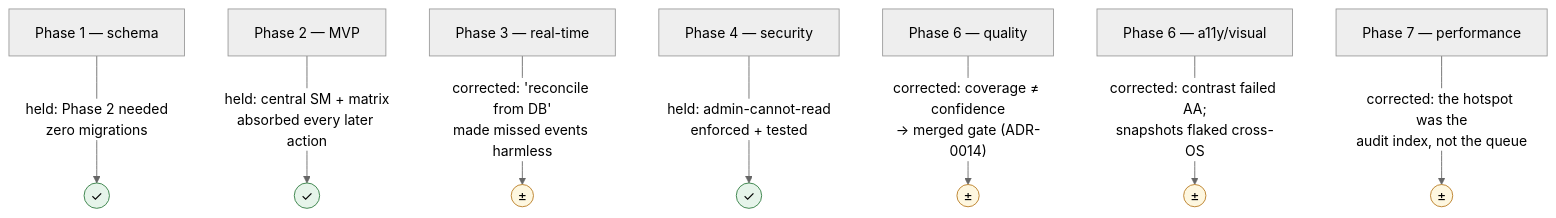
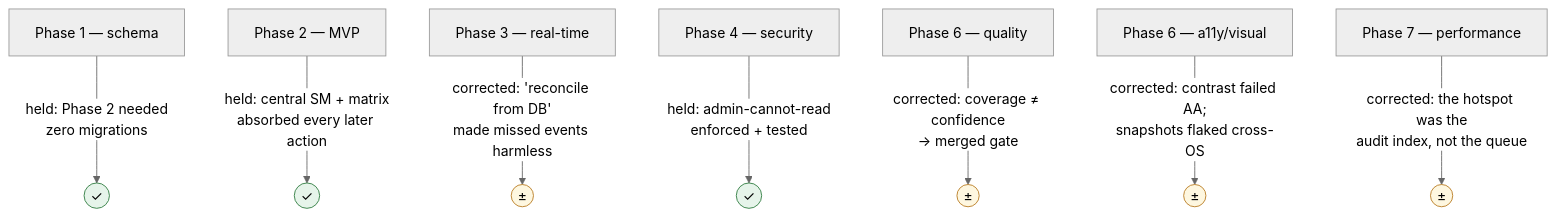
Before and after one commit to akritiupreti/virtual-consultation-platform: the diagram in docs/retrospective.md, drawn with Mermaid (neutral theme). The commit also changed other lines of this file and 10 other files, not shown here.

````diff
--- a/docs/retrospective.md
+++ b/docs/retrospective.md
@@ -16,15 +16,15 @@
 ```mermaid
 flowchart TB
     P1["Phase 1 — schema"] -->|"held: Phase 2 needed<br/>zero migrations"| G1((✓))
     P2["Phase 2 — MVP"] -->|"held: central SM + matrix<br/>absorbed every later action"| G2((✓))
     P3["Phase 3 — real-time"] -->|"corrected: 'reconcile from DB'<br/>made missed events harmless"| C3((±))
     P4["Phase 4 — security"] -->|"held: admin-cannot-read<br/>enforced + tested"| G4((✓))
-    P6["Phase 6 — quality"] -->|"corrected: coverage ≠ confidence<br/>→ merged gate (ADR-0014)"| C6((±))
+    P6["Phase 6 — quality"] -->|"corrected: coverage ≠ confidence<br/>→ merged gate"| C6((±))
     P6b["Phase 6 — a11y/visual"] -->|"corrected: contrast failed AA;<br/>snapshots flaked cross-OS"| C6b((±))
     P7["Phase 7 — performance"] -->|"corrected: the hotspot was the<br/>audit index, not the queue"| C7((±))
 
     classDef ok fill:#e6f4ea,stroke:#2b7a3d;
     classDef adj fill:#fef7e0,stroke:#b7791f;
     class G1,G2,G4 ok
     class C3,C6,C6b,C7 adj
 ```
````
